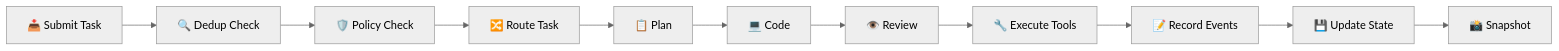
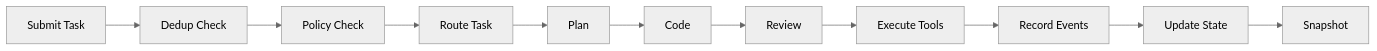
The fourth of 5 diagrams in README.md (gaganjainse/nexus-kernel), drawn with Mermaid (neutral theme) before and after one commit. The commit also changed other lines of this file, not shown here.

Commit message:
chore: record local state after the reorganisation

````diff
--- a/README.md
+++ b/README.md
@@ -305,13 +303,13 @@
 ```mermaid
 graph LR
-    A["📥 Submit Task"] --> B["🔍 Dedup Check"]
-    B --> C["🛡️ Policy Check"]
-    C --> D["🔀 Route Task"]
-    D --> E["📋 Plan"]
-    E --> F["💻 Code"]
-    F --> G["👁️ Review"]
-    G --> H["🔧 Execute Tools"]
-    H --> I["📝 Record Events"]
-    I --> J["💾 Update State"]
-    J --> K["📸 Snapshot"]
+    A[" Submit Task"] --> B[" Dedup Check"]
+    B --> C[" Policy Check"]
+    C --> D[" Route Task"]
+    D --> E[" Plan"]
+    E --> F[" Code"]
+    F --> G[" Review"]
+    G --> H[" Execute Tools"]
+    H --> I[" Record Events"]
+    I --> J[" Update State"]
+    J --> K[" Snapshot"]
 ```
````
